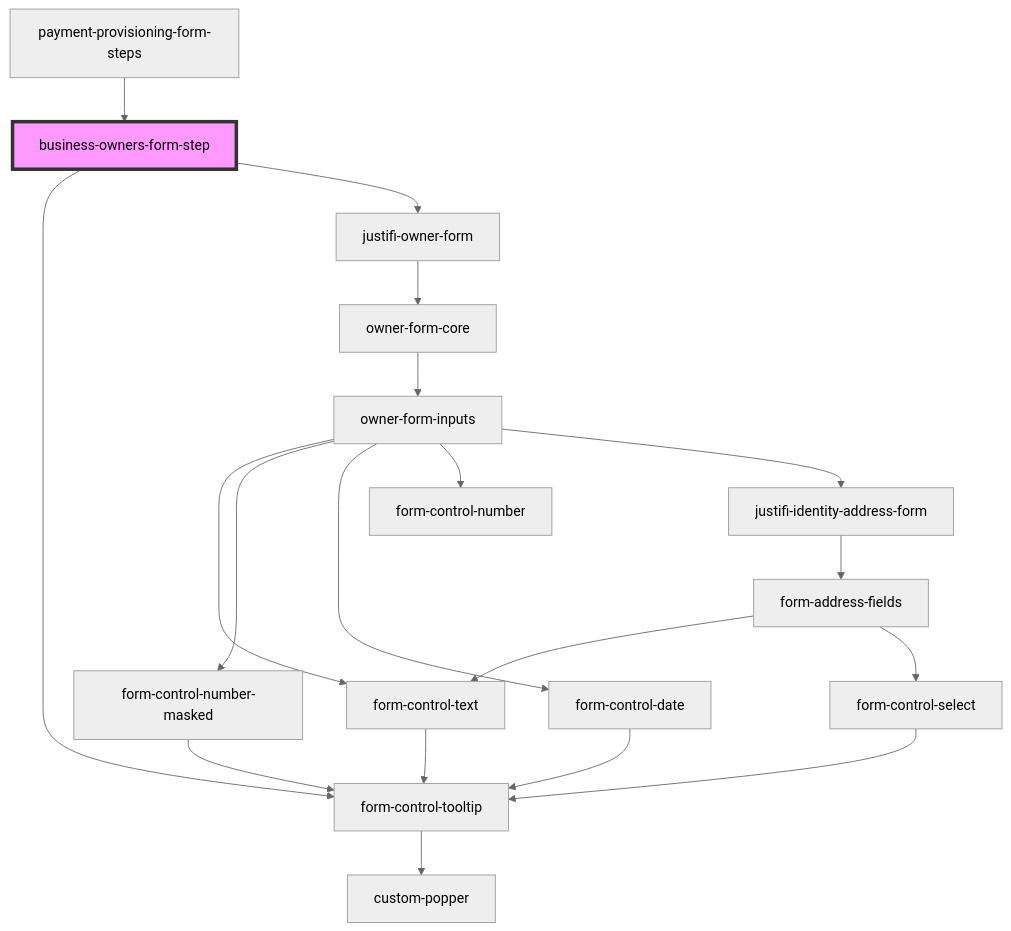
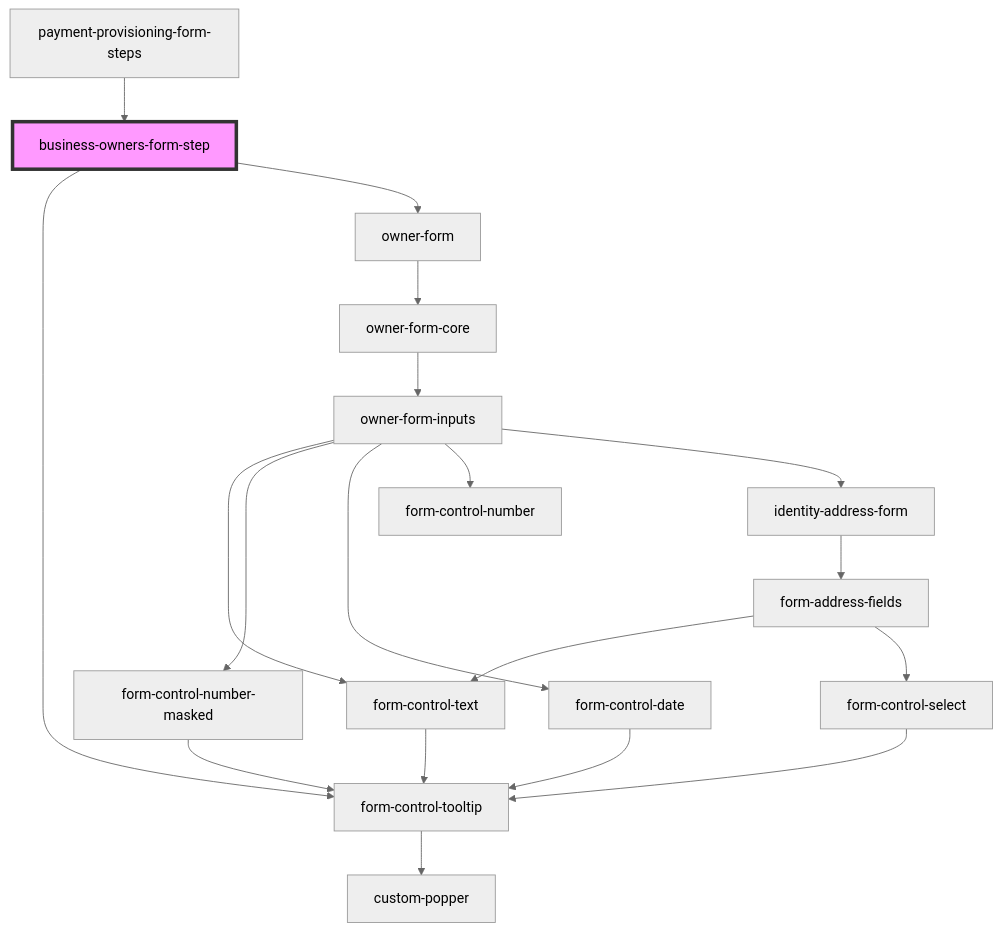
Before and after one commit to justifi-tech/web-component-library: the diagram in packages/webcomponents/src/components/business-forms/payment-provisioning/business-owners/readme.md, drawn with Mermaid (neutral theme). The commit also changed other lines of this file and 15 other files, not shown here.

````diff
--- a/packages/webcomponents/src/components/business-forms/payment-provisioning/business-owners/readme.md
+++ b/packages/webcomponents/src/components/business-forms/payment-provisioning/business-owners/readme.md
@@ -59,22 +59,22 @@
 ```mermaid
 graph TD;
   business-owners-form-step --> form-control-tooltip
-  business-owners-form-step --> justifi-owner-form
+  business-owners-form-step --> owner-form
   form-control-tooltip --> custom-popper
-  justifi-owner-form --> owner-form-core
+  owner-form --> owner-form-core
   owner-form-core --> owner-form-inputs
   owner-form-inputs --> form-control-text
   owner-form-inputs --> form-control-number-masked
   owner-form-inputs --> form-control-date
   owner-form-inputs --> form-control-number
-  owner-form-inputs --> justifi-identity-address-form
+  owner-form-inputs --> identity-address-form
   form-control-text --> form-control-tooltip
   form-control-number-masked --> form-control-tooltip
   form-control-date --> form-control-tooltip
-  justifi-identity-address-form --> form-address-fields
+  identity-address-form --> form-address-fields
   form-address-fields --> form-control-text
   form-address-fields --> form-control-select
   form-control-select --> form-control-tooltip
   payment-provisioning-form-steps --> business-owners-form-step
   style business-owners-form-step fill:#f9f,stroke:#333,stroke-width:4px
 ```
````
